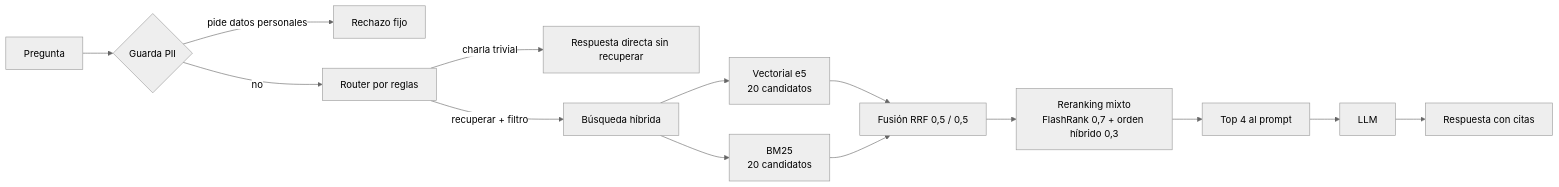
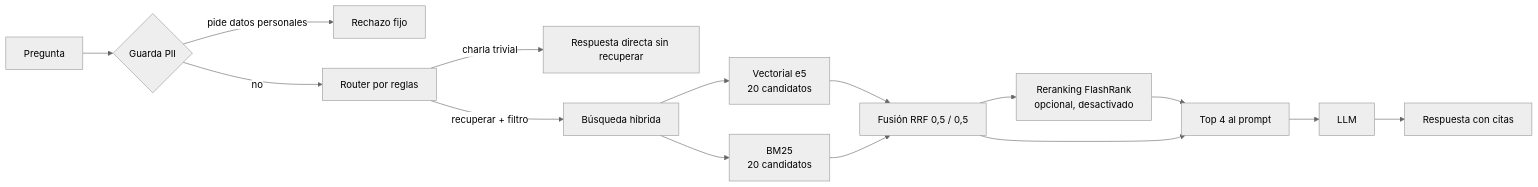
Before and after one commit to Adra642/Proyecto-IA: the diagram in rag_project/documentacion/05_rag_avanzado.md, drawn with Mermaid (neutral theme). The commit also changed other lines of this file and 30 other files, not shown here.

````diff
--- a/rag_project/documentacion/05_rag_avanzado.md
+++ b/rag_project/documentacion/05_rag_avanzado.md
@@ -5,15 +5,16 @@
 ```mermaid
 flowchart LR
     Q[Pregunta] --> G{Guarda PII}
     G -->|pide datos personales| RF[Rechazo fijo]
     G -->|no| RT[Router por reglas]
     RT -->|charla trivial| D[Respuesta directa sin recuperar]
     RT -->|recuperar + filtro| H[Búsqueda híbrida]
     H --> V[Vectorial e5<br/>20 candidatos]
     H --> B[BM25<br/>20 candidatos]
     V --> F[Fusión RRF 0,5 / 0,5]
     B --> F
-    F --> RR[Reranking mixto<br/>FlashRank 0,7 + orden híbrido 0,3]
+    F --> RR[Reranking FlashRank<br/>opcional, desactivado]
     RR --> P[Top 4 al prompt]
+    F --> P
     P --> LLM[LLM] --> A[Respuesta con citas]
 ```
````
